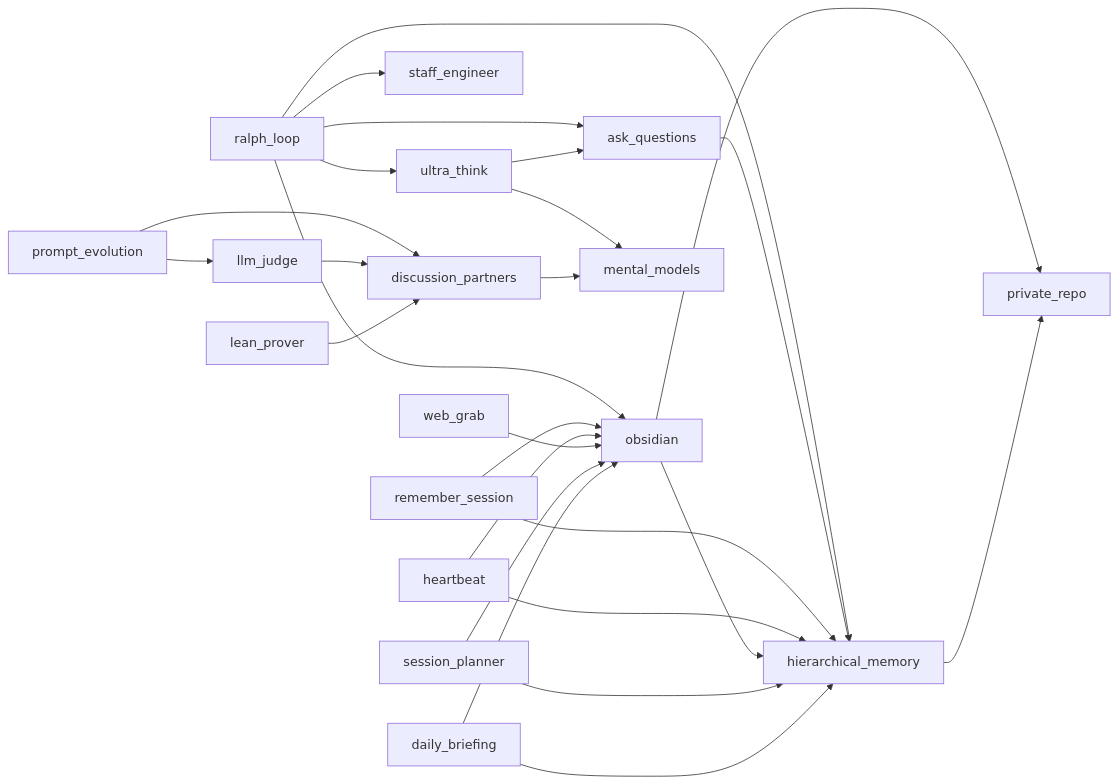
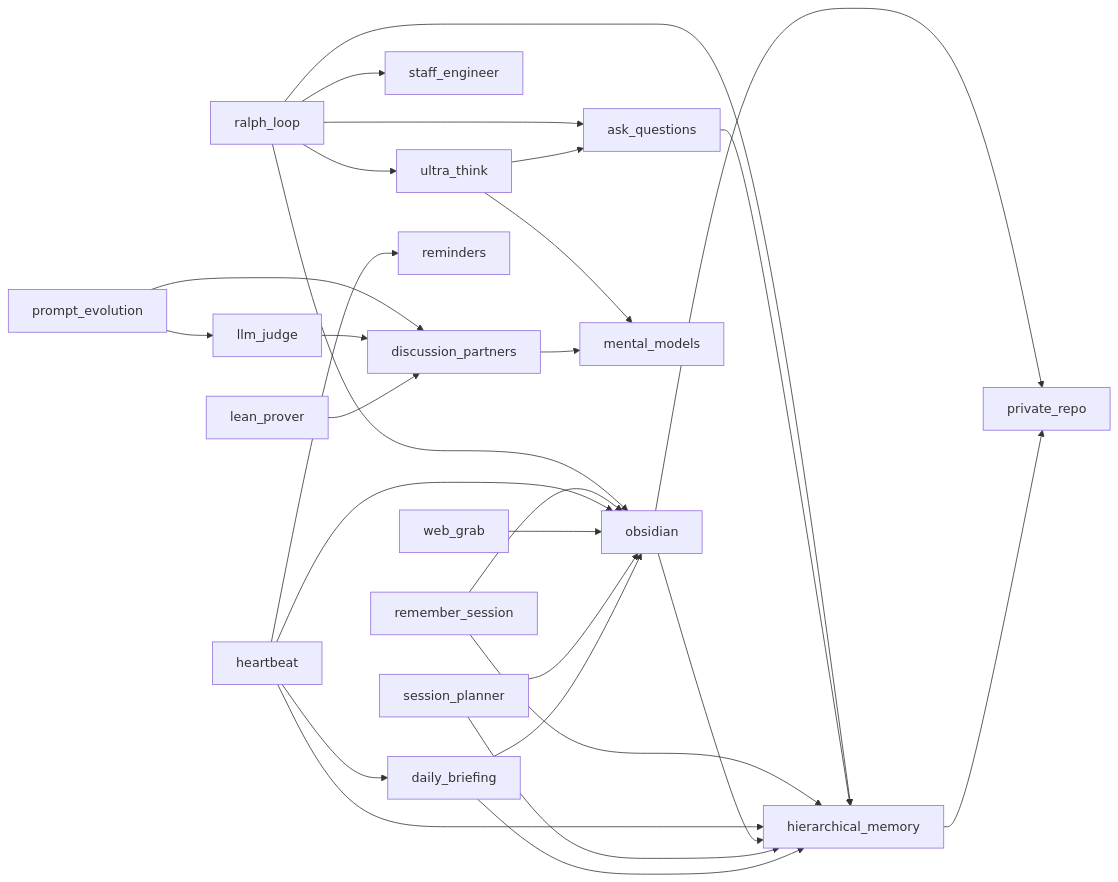
The diagram in README.md (zachmayer/skills), drawn with Mermaid before and after one commit. The commit also changed other lines of this file and 2 other files, not shown here.

Commit message:
Add reminders skill (#61) (#89)
* Add reminders skill: time-aware reminder system for heartbeat

Implements a JSON-backed reminder system stored in the obsidian vault.
Heartbeat checks for due reminders on each cycle and surfaces them.

CLI commands: add, list, due, complete, remove — all via Click.
23 tests covering all commands, edge cases, and helper functions.

Fixes #61

* Simplify reminders to prompt-only skill with markdown storage

Replace 152-line Python CLI + 223-line test suite with a 32-line
SKILL.md. Claude already knows how to read/write markdown, parse
dates, and manage checklists — no custom code needed.

Storage: markdown checklist in obsidian (not JSON).
Format: - [ ] text — due: YYYY-MM-DD

* Add reminders + daily briefing to heartbeat orient step

Heartbeat now checks reminders.md for due items and writes a daily
briefing if none exists and it's 6am+. Without these references,
the heartbeat agent wouldn't know to load those skills.

---------

````diff
--- a/README.md
+++ b/README.md
@@ -94,28 +95,30 @@
 ```mermaid
 graph LR
     ralph_loop --> ultra_think
     ralph_loop --> staff_engineer
     ralph_loop --> ask_questions
     ralph_loop --> hierarchical_memory
     ralph_loop --> obsidian
     ultra_think --> mental_models
     ultra_think --> ask_questions
     ask_questions --> hierarchical_memory
     prompt_evolution --> discussion_partners
     prompt_evolution --> llm_judge
     llm_judge --> discussion_partners
     discussion_partners --> mental_models
     remember_session --> hierarchical_memory
     remember_session --> obsidian
     heartbeat --> hierarchical_memory
     heartbeat --> obsidian
+    heartbeat --> reminders
+    heartbeat --> daily_briefing
     obsidian --> hierarchical_memory
     obsidian --> private_repo
     hierarchical_memory --> private_repo
     web_grab --> obsidian
     lean_prover --> discussion_partners
     session_planner --> hierarchical_memory
     session_planner --> obsidian
     daily_briefing --> hierarchical_memory
     daily_briefing --> obsidian
 ```
````
